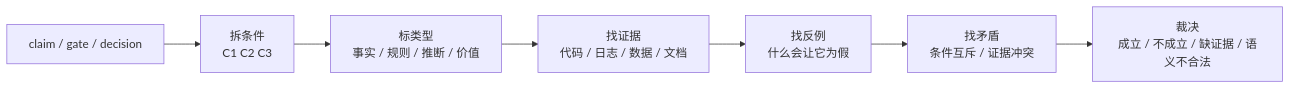
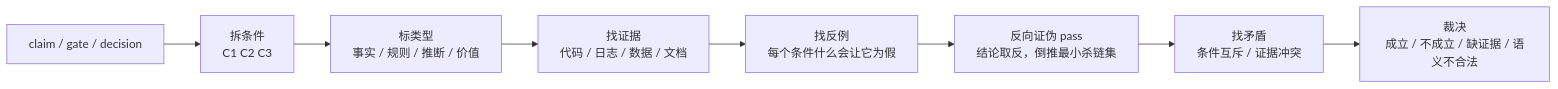
The diagram in truth-condition-checker/SKILL.md (nds15763/workskills), drawn with Mermaid before and after one commit. The commit also changed other lines of this file and 1 other file, not shown here.

First line of the commit message:
feat(truth-condition-checker): 加反向证伪 pass + router 补证伪触发词

````diff
--- a/truth-condition-checker/SKILL.md
+++ b/truth-condition-checker/SKILL.md
@@ -38,9 +38,10 @@
 ```mermaid
 flowchart LR
   A["claim / gate / decision"] --> B["拆条件<br/>C1 C2 C3"]
   B --> C["标类型<br/>事实 / 规则 / 推断 / 价值"]
   C --> D["找证据<br/>代码 / 日志 / 数据 / 文档"]
-  D --> E["找反例<br/>什么会让它为假"]
-  E --> F["找矛盾<br/>条件互斥 / 证据冲突"]
+  D --> E["找反例<br/>每个条件什么会让它为假"]
+  E --> R["反向证伪 pass<br/>结论取反，倒推最小杀链集"]
+  R --> F["找矛盾<br/>条件互斥 / 证据冲突"]
   F --> G["裁决<br/>成立 / 不成立 / 缺证据 / 语义不合法"]
 ```
````
